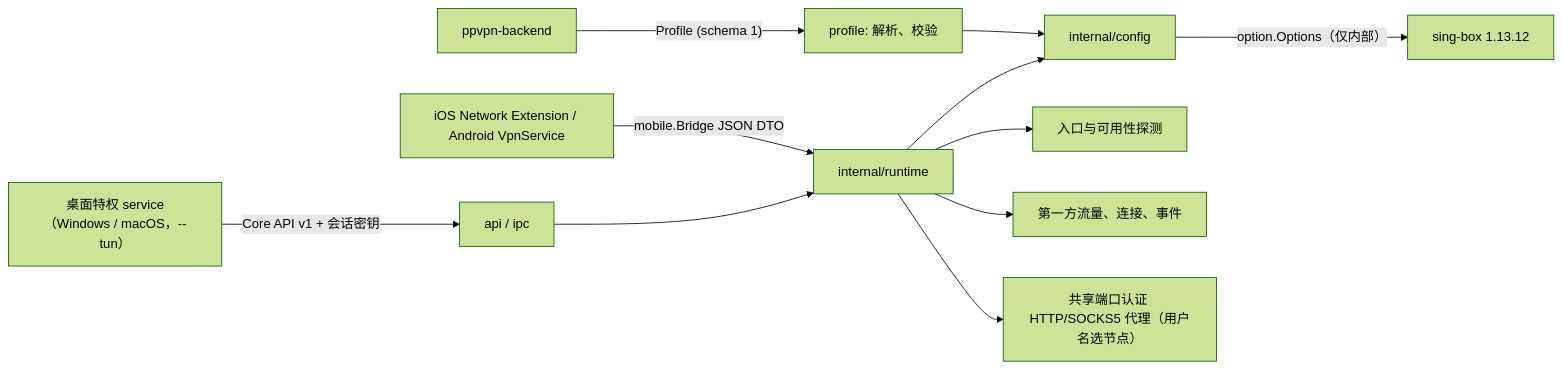
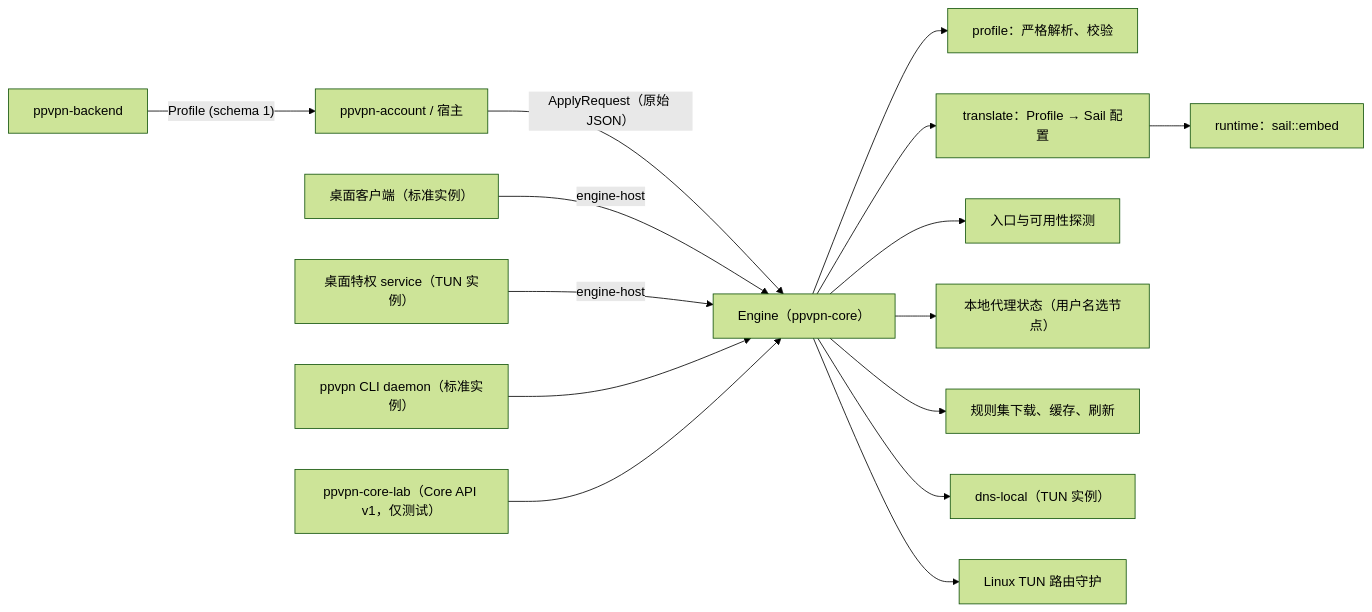
One commit to peakpassvpn/ppvpn-client changed the first of 2 diagrams in docs/architecture.md. Above: the diagram before and after it, drawn with Mermaid (forest theme). The commit also changed other lines of this file, not shown here.

First line of the commit message:
docs: architecture of the Rust engine

````diff
--- a/docs/architecture.md
+++ b/docs/architecture.md
@@ -9,13 +11,17 @@
 ```mermaid
 flowchart LR
-  Backend["ppvpn-backend"] -->|"Profile (schema 1)"| Profile["profile: 解析、校验"]
-  Desktop["桌面特权 service（Windows / macOS，--tun）"] -->|"Core API v1 + 会话密钥"| API["api / ipc"]
-  Mobile["iOS Network Extension / Android VpnService"] -->|"mobile.Bridge JSON DTO"| Runtime["internal/runtime"]
-  API --> Runtime
-  Profile --> Builder["internal/config"]
-  Runtime --> Builder
-  Builder -->|"option.Options（仅内部）"| SingBox["sing-box 1.13.12"]
-  Runtime --> Probe["入口与可用性探测"]
-  Runtime --> Telemetry["第一方流量、连接、事件"]
-  Runtime --> LocalProxy["共享端口认证 HTTP/SOCKS5 代理（用户名选节点）"]
+  Backend["ppvpn-backend"] -->|"Profile (schema 1)"| Account["ppvpn-account / 宿主"]
+  Account -->|"ApplyRequest（原始 JSON）"| Engine
+  Client["桌面客户端（标准实例）"] -->|"engine-host"| Engine["Engine（ppvpn-core）"]
+  Service["桌面特权 service（TUN 实例）"] -->|"engine-host"| Engine
+  CLI["ppvpn CLI daemon（标准实例）"] --> Engine
+  Lab["ppvpn-core-lab（Core API v1，仅测试）"] --> Engine
+  Engine --> Profile["profile：严格解析、校验"]
+  Engine --> Translate["translate：Profile → Sail 配置"]
+  Translate --> Runtime["runtime：sail::embed"]
+  Engine --> Probe["入口与可用性探测"]
+  Engine --> LocalProxy["本地代理状态（用户名选节点）"]
+  Engine --> RuleSets["规则集下载、缓存、刷新"]
+  Engine --> LocalDns["dns-local（TUN 实例）"]
+  Engine --> TunRules["Linux TUN 路由守护"]
 ```
````
